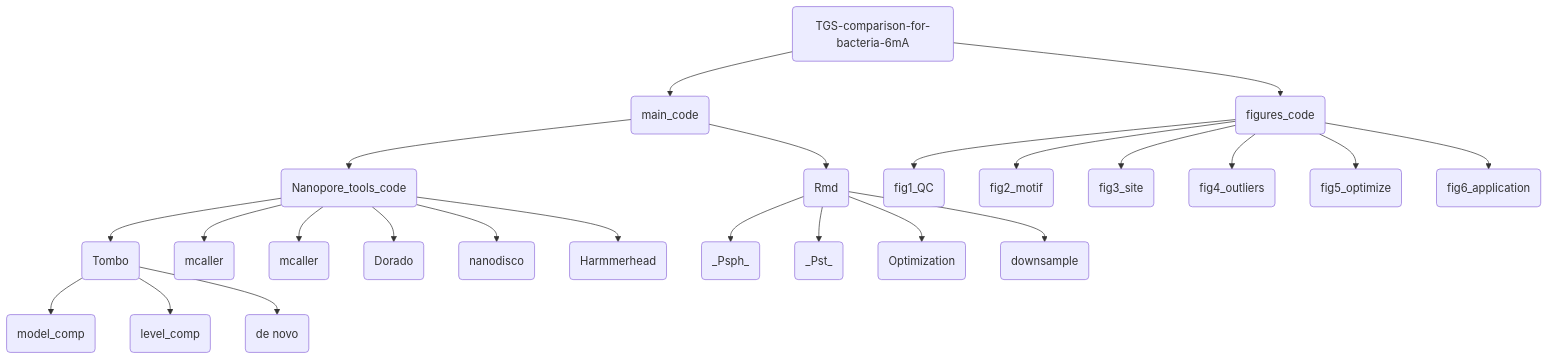
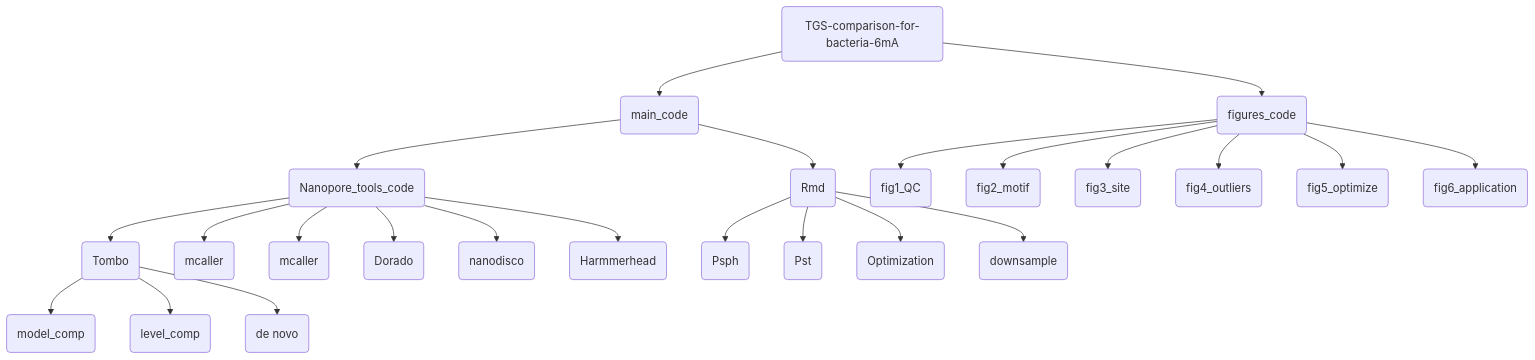
One commit to dengxinb2315/TGS-comparison-for-bacteria-6mA changed the diagram in README.md. Above: the diagram before and after it, drawn with Mermaid. The commit also changed other lines of this file, not shown here.

````diff
--- a/README.md
+++ b/README.md
@@ -47,27 +55,27 @@
 ```mermaid
 graph TD
 	A(TGS-comparison-for-bacteria-6mA)--> B(main_code)
 	A(TGS-comparison-for-bacteria-6mA) --> C(figures_code)
     B(main_code) --> d(Nanopore_tools_code)
     d(Nanopore_tools_code) --> e(Tombo)
     d(Nanopore_tools_code) --> f(mcaller)
     d(Nanopore_tools_code) --> g(mcaller)
     d(Nanopore_tools_code) --> h(Dorado)
     d(Nanopore_tools_code) --> i(nanodisco)
     d(Nanopore_tools_code) --> j(Harmmerhead)
     e(Tombo)  --> k(model_comp)
     e(Tombo)  --> l(level_comp)
     e(Tombo)  --> m(de novo)
 	B(main_code) --> n(Rmd)
-	n(Rmd) --> o(_Psph_)
-	n(Rmd) --> p(_Pst_)
+	n(Rmd) --> o(Psph)
+	n(Rmd) --> p(Pst)
 	n(Rmd) --> q(Optimization)
 	n(Rmd) --> r(downsample)
     C(figures_code)  --> s(fig1_QC)
     C(figures_code)  --> t(fig2_motif)
     C(figures_code)  --> u(fig3_site)
     C(figures_code)  --> v(fig4_outliers)
     C(figures_code)  --> w(fig5_optimize)
     C(figures_code)  --> x(fig6_application)
 
 ```
````
